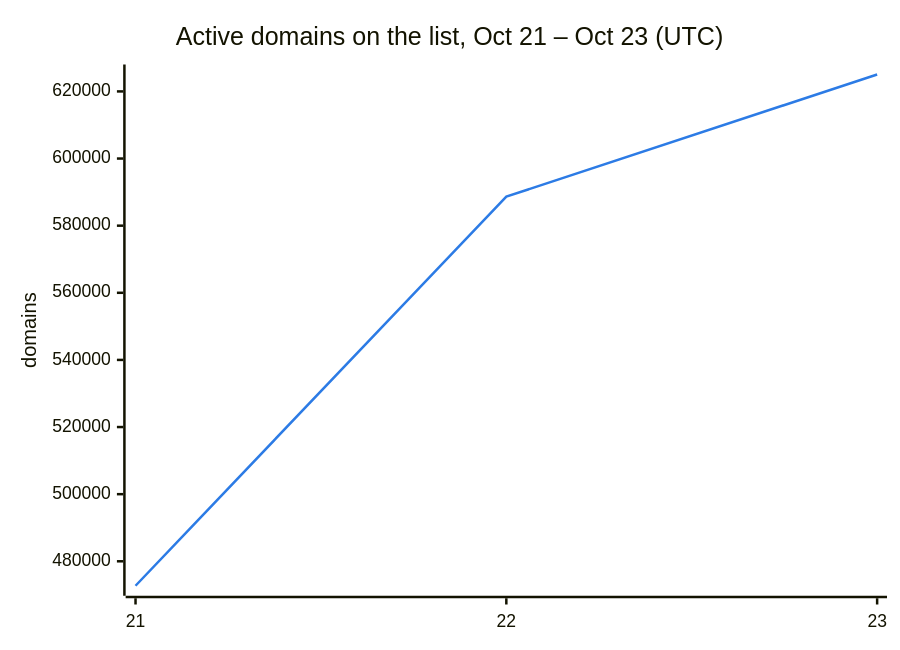
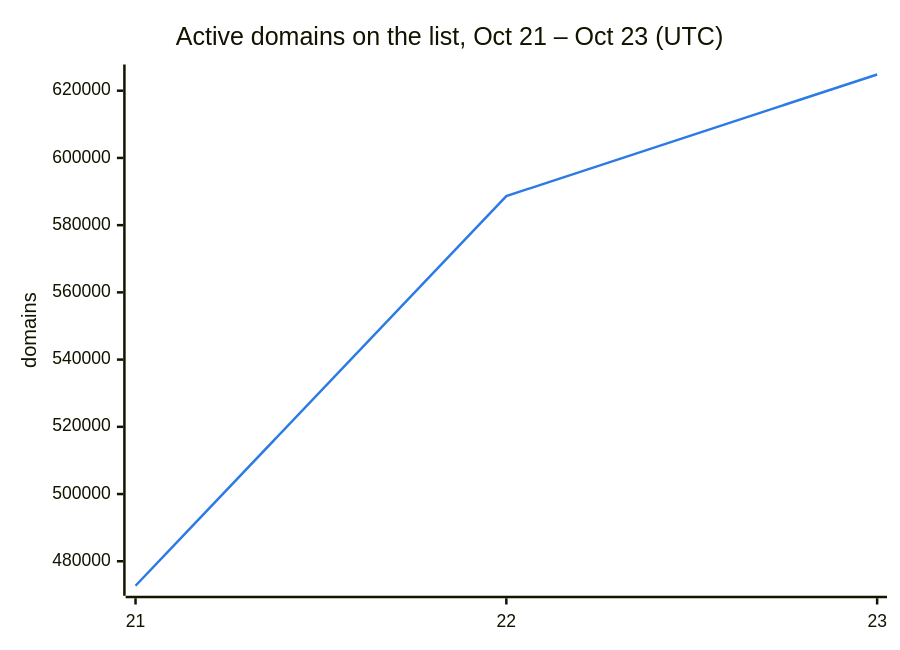
One commit to DNSBunker/CTI changed the second of 3 diagrams in README.md. Above: the diagram before and after it, drawn with Mermaid. The commit also changed other lines of this file and 3 other files, not shown here.

````diff
--- a/README.md
+++ b/README.md
@@ -38,8 +38,8 @@
 ```mermaid
 %%{init: {"themeVariables": {"xyChart": {"plotColorPalette": "#2c7be5"}}}}%%
 xychart-beta
     title "Active domains on the list, Oct 21 – Oct 23 (UTC)"
     x-axis ["21", "22", "23"]
     y-axis "domains"
-    line [472713, 588659, 625041]
+    line [472713, 588659, 624823]
 ```
````
